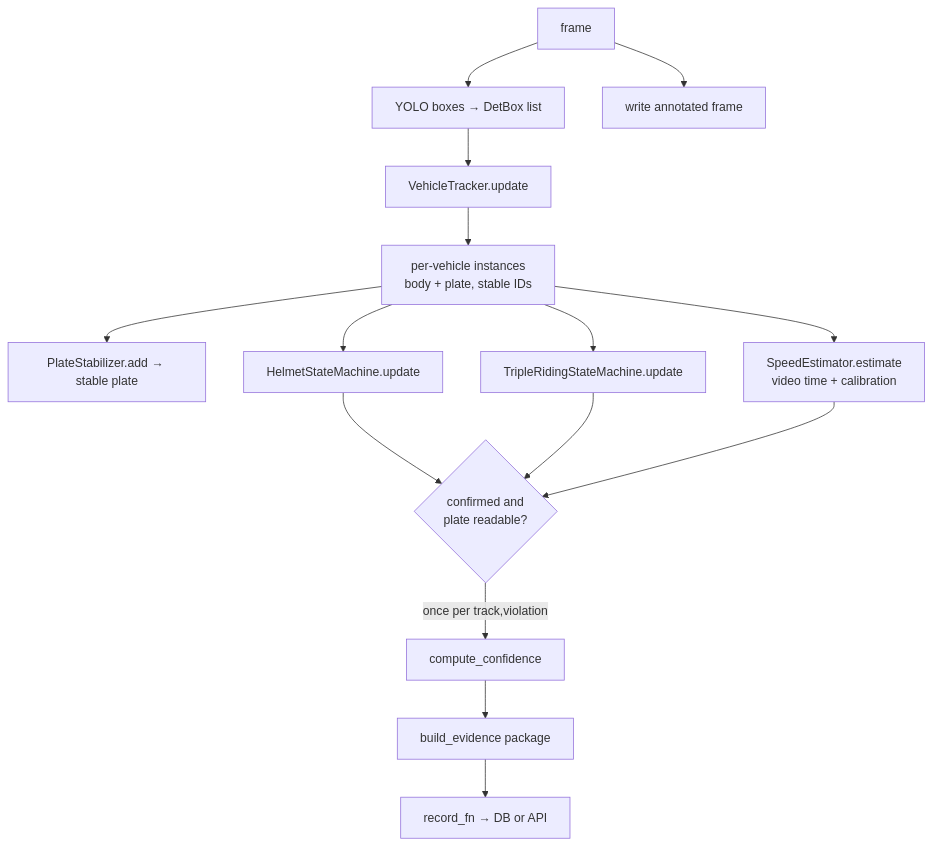
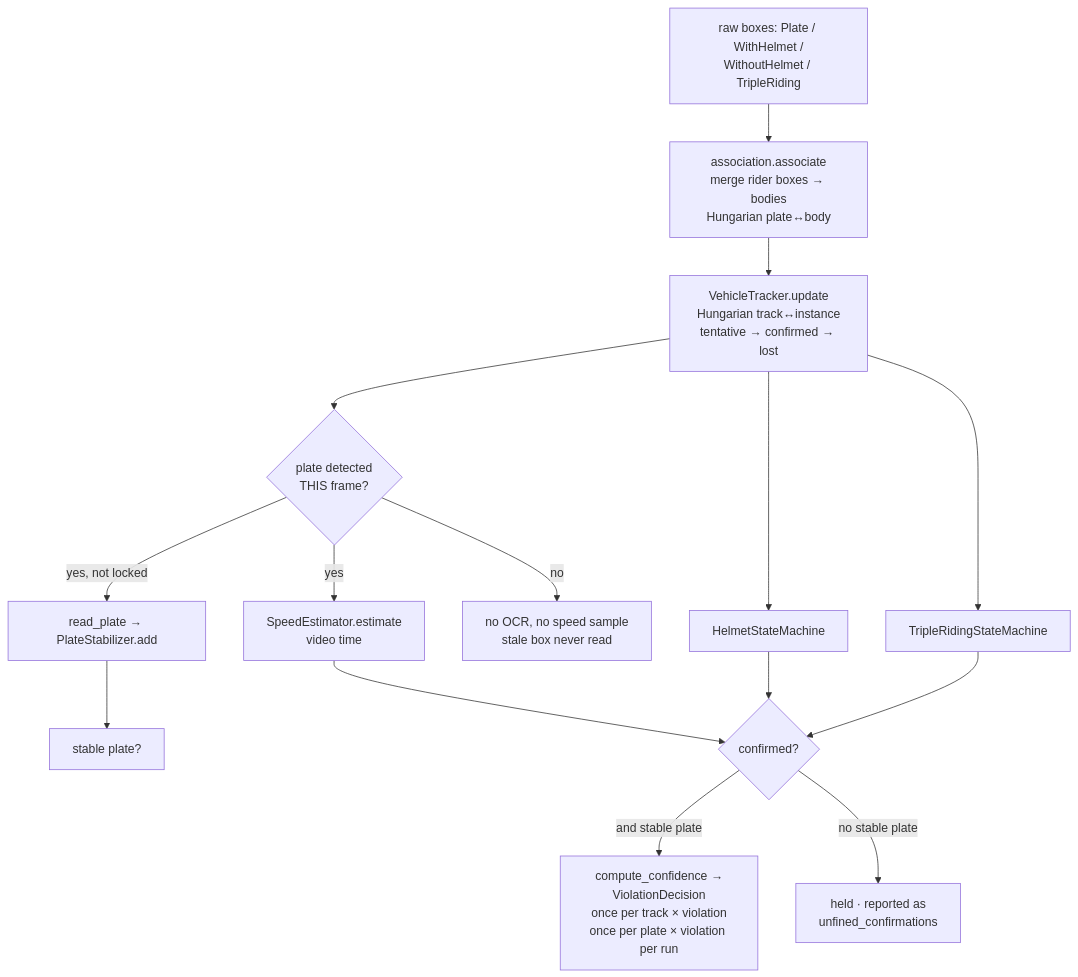
The second of 3 diagrams in docs/ARCHITECTURE.md (adivishall/two-wheeler-safety), drawn with Mermaid before and after one commit. The commit also changed other lines of this file and 3 other files, not shown here.

Commit message:
docs: architecture, API, security and decision records for the shared core

````diff
--- a/docs/ARCHITECTURE.md
+++ b/docs/ARCHITECTURE.md
@@ -63,17 +45,17 @@
 ```mermaid
 flowchart TD
-    F[frame] --> DETS[YOLO boxes → DetBox list]
-    DETS --> TRK[VehicleTracker.update]
-    TRK --> INST[per-vehicle instances<br/>body + plate, stable IDs]
-    INST --> OCR[PlateStabilizer.add → stable plate]
-    INST --> HSM[HelmetStateMachine.update]
-    INST --> TSM[TripleRidingStateMachine.update]
-    INST --> SPD[SpeedEstimator.estimate<br/>video time + calibration]
-    HSM --> REC{confirmed and<br/>plate readable?}
-    TSM --> REC
-    SPD --> REC
-    REC -->|once per track,violation| CONF[compute_confidence]
-    CONF --> EV[build_evidence package]
-    EV --> RF[record_fn → DB or API]
-    F --> WR[write annotated frame]
+    D[raw boxes: Plate / WithHelmet /<br/>WithoutHelmet / TripleRiding] --> A[association.associate<br/>merge rider boxes → bodies<br/>Hungarian plate↔body]
+    A --> T[VehicleTracker.update<br/>Hungarian track↔instance<br/>tentative → confirmed → lost]
+    T --> V{plate detected<br/>THIS frame?}
+    V -->|yes, not locked| O[read_plate → PlateStabilizer.add]
+    V -->|yes| S[SpeedEstimator.estimate<br/>video time]
+    V -->|no| X[no OCR, no speed sample<br/>stale box never read]
+    T --> H[HelmetStateMachine]
+    T --> TR[TripleRidingStateMachine]
+    O --> P[stable plate?]
+    H --> C{confirmed?}
+    TR --> C
+    S --> C
+    C -->|and stable plate| E[compute_confidence →<br/>ViolationDecision<br/>once per track × violation<br/>once per plate × violation per run]
+    C -->|no stable plate| HOLD[held · reported as<br/>unfined_confirmations]
 ```
````
